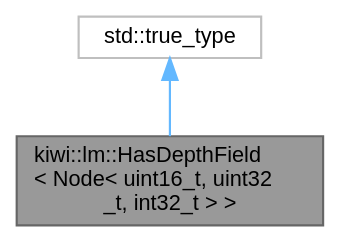
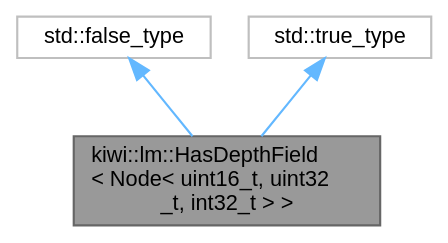
The diagram in structkiwi_1_1lm_1_1HasDepthField_3_01Node_3_01uint16__t_00_01uint32__t_00_01int32__t_01_4_01_4__inherit__graph.dot (bab2min/Kiwi), drawn with Graphviz before and after one commit. The commit also changed 545 other files, not shown here.

```diff
--- a/structkiwi_1_1lm_1_1HasDepthField_3_01Node_3_01uint16__t_00_01uint32__t_00_01int32__t_01_4_01_4__inherit__graph.dot
+++ b/structkiwi_1_1lm_1_1HasDepthField_3_01Node_3_01uint16__t_00_01uint32__t_00_01int32__t_01_4_01_4__inherit__graph.dot
@@ -1,10 +1,12 @@
 digraph "kiwi::lm::HasDepthField&lt; Node&lt; uint16_t, uint32_t, int32_t &gt; &gt;"
 {
  // LATEX_PDF_SIZE
   bgcolor="transparent";
   edge [fontname=Helvetica,fontsize=10,labelfontname=Helvetica,labelfontsize=10];
   node [fontname=Helvetica,fontsize=10,shape=box,height=0.2,width=0.4];
   Node1 [id="Node000001",label="kiwi::lm::HasDepthField\l\< Node\< uint16_t, uint32\l_t, int32_t \> \>",height=0.2,width=0.4,color="gray40", fillcolor="grey60", style="filled", fontcolor="black",tooltip=" "];
   Node2 -> Node1 [id="edge1_Node000001_Node000002",dir="back",color="steelblue1",style="solid",tooltip=" "];
-  Node2 [id="Node000002",label="std::true_type",height=0.2,width=0.4,color="grey75", fillcolor="white", style="filled",tooltip=" "];
+  Node2 [id="Node000002",label="std::false_type",height=0.2,width=0.4,color="grey75", fillcolor="white", style="filled",tooltip=" "];
+  Node3 -> Node1 [id="edge2_Node000001_Node000003",dir="back",color="steelblue1",style="solid",tooltip=" "];
+  Node3 [id="Node000003",label="std::true_type",height=0.2,width=0.4,color="grey75", fillcolor="white", style="filled",tooltip=" "];
 }
```
